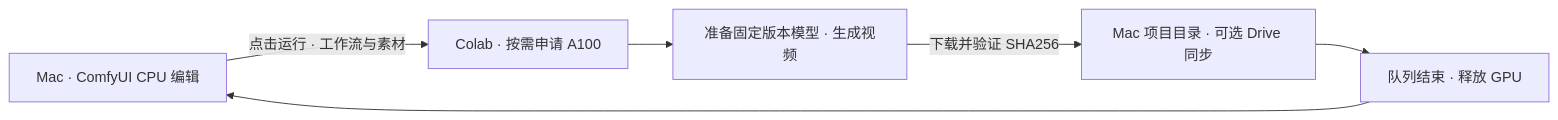
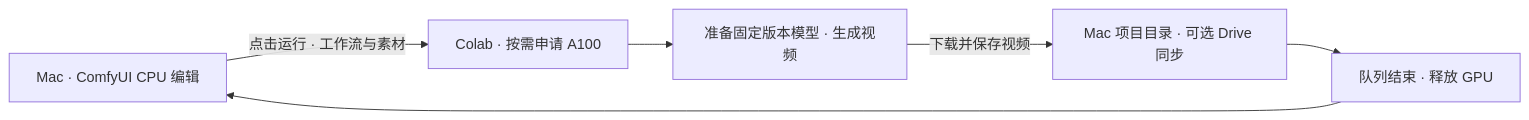
One commit to ytq9/h3-colab-workbench changed the diagram in README.md. Above: the diagram before and after it, drawn with Mermaid. The commit also changed other lines of this file and 17 other files, not shown here.

````diff
--- a/README.md
+++ b/README.md
@@ -9,8 +9,8 @@
 ```mermaid
 flowchart LR
     A["Mac · ComfyUI CPU 编辑"] -->|"点击运行 · 工作流与素材"| B["Colab · 按需申请 A100"]
     B --> C["准备固定版本模型 · 生成视频"]
-    C -->|"下载并验证 SHA256"| D["Mac 项目目录 · 可选 Drive 同步"]
+    C -->|"下载并保存视频"| D["Mac 项目目录 · 可选 Drive 同步"]
     D --> E["队列结束 · 释放 GPU"]
     E --> A
 ```
````
